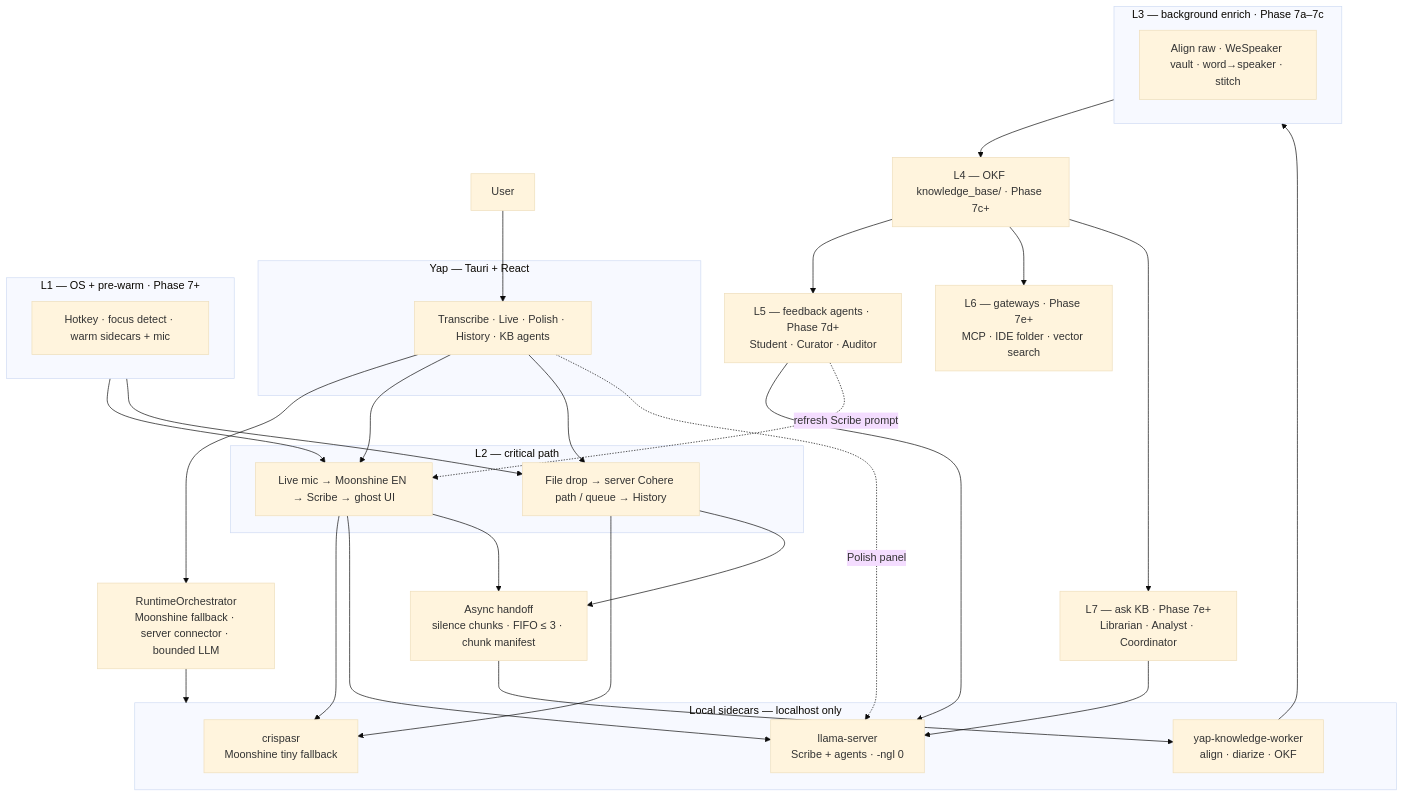
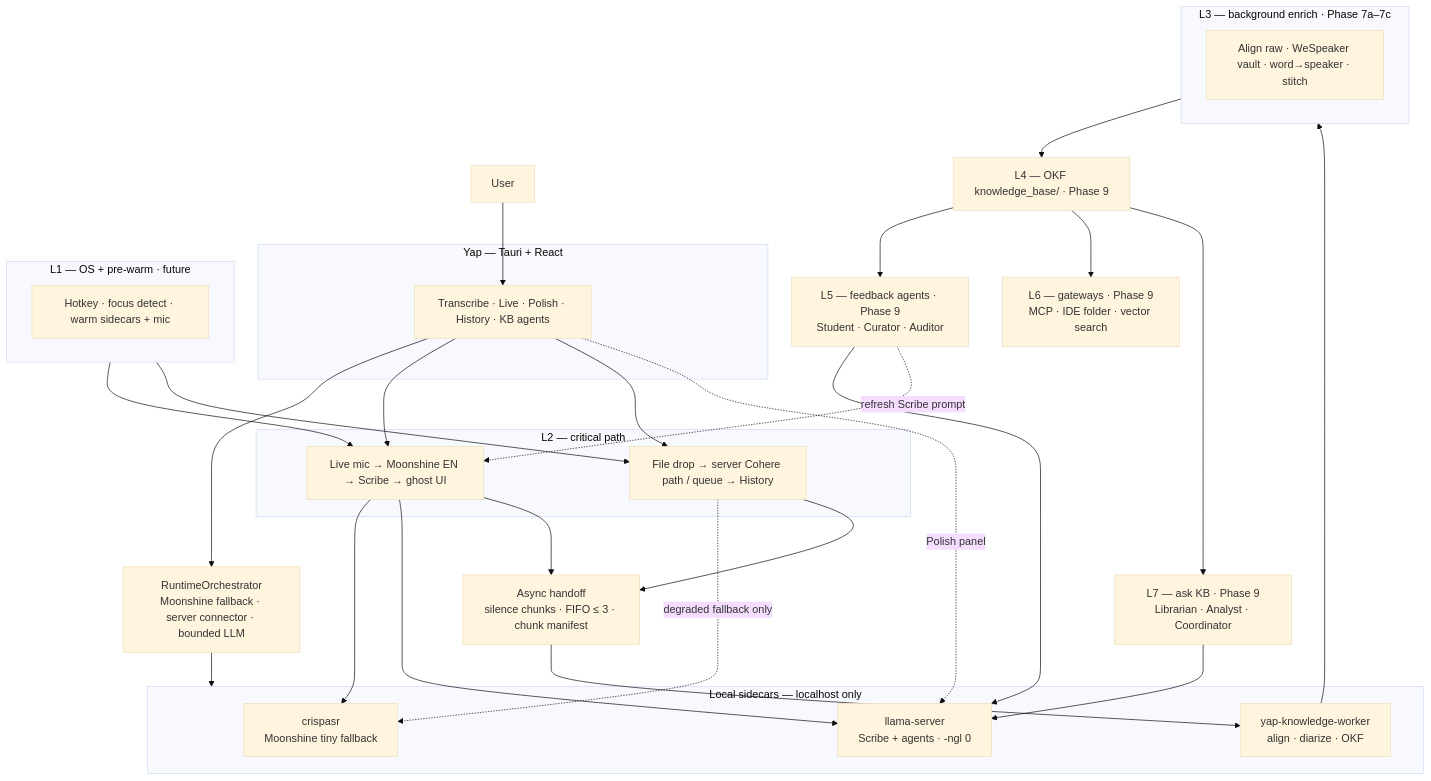
One commit to mcnatg1/yap changed the first of 4 diagrams in docs/VOICE-OS-ARCHITECTURE.md. Above: the diagram before and after it, drawn with Mermaid (base theme). The commit also changed other lines of this file and 84 other files, not shown here.

````diff
--- a/docs/VOICE-OS-ARCHITECTURE.md
+++ b/docs/VOICE-OS-ARCHITECTURE.md
@@ -107,53 +107,53 @@
 ```mermaid
 flowchart TB
     User["User"]
 
     subgraph Yap["Yap — Tauri + React"]
         UI["Transcribe · Live · Polish · History · KB agents"]
     end
 
     Orch["RuntimeOrchestrator<br/>Moonshine fallback · server connector · bounded LLM"]
 
     subgraph Sidecars["Local sidecars — localhost only"]
         CR["crispasr<br/>Moonshine tiny fallback"]
         LL["llama-server<br/>Scribe + agents · -ngl 0"]
         KW["yap-knowledge-worker<br/>align · diarize · OKF"]
     end
 
-    subgraph L1["L1 — OS + pre-warm · Phase 7+"]
+    subgraph L1["L1 — OS + pre-warm · future"]
         L1n["Hotkey · focus detect · warm sidecars + mic"]
     end
 
     subgraph L2["L2 — critical path"]
         Live["Live mic → Moonshine EN → Scribe → ghost UI"]
         Batch["File drop → server Cohere path / queue → History"]
     end
 
     Handoff["Async handoff<br/>silence chunks · FIFO ≤ 3 · chunk manifest"]
 
     subgraph L3["L3 — background enrich · Phase 7a–7c"]
         L3n["Align raw · WeSpeaker vault · word→speaker · stitch"]
     end
 
-    L4["L4 — OKF knowledge_base/ · Phase 7c+"]
-    L5["L5 — feedback agents · Phase 7d+<br/>Student · Curator · Auditor"]
-    L6["L6 — gateways · Phase 7e+<br/>MCP · IDE folder · vector search"]
-    L7["L7 — ask KB · Phase 7e+<br/>Librarian · Analyst · Coordinator"]
+    L4["L4 — OKF knowledge_base/ · Phase 9"]
+    L5["L5 — feedback agents · Phase 9<br/>Student · Curator · Auditor"]
+    L6["L6 — gateways · Phase 9<br/>MCP · IDE folder · vector search"]
+    L7["L7 — ask KB · Phase 9<br/>Librarian · Analyst · Coordinator"]
 
     User --> UI --> Orch
     Orch --> Sidecars
     L1 --> Live
     L1 --> Batch
     UI --> Live
     UI --> Batch
     Live --> CR & LL
-    Batch --> CR
+    Batch -.->|degraded fallback only| CR
     UI -.->|Polish panel| LL
     Live --> Handoff
     Batch --> Handoff
     Handoff --> KW --> L3 --> L4
     L4 --> L5 & L6 & L7
     L5 --> LL
     L7 --> LL
     L5 -.->|refresh Scribe prompt| Live
 ```
````
